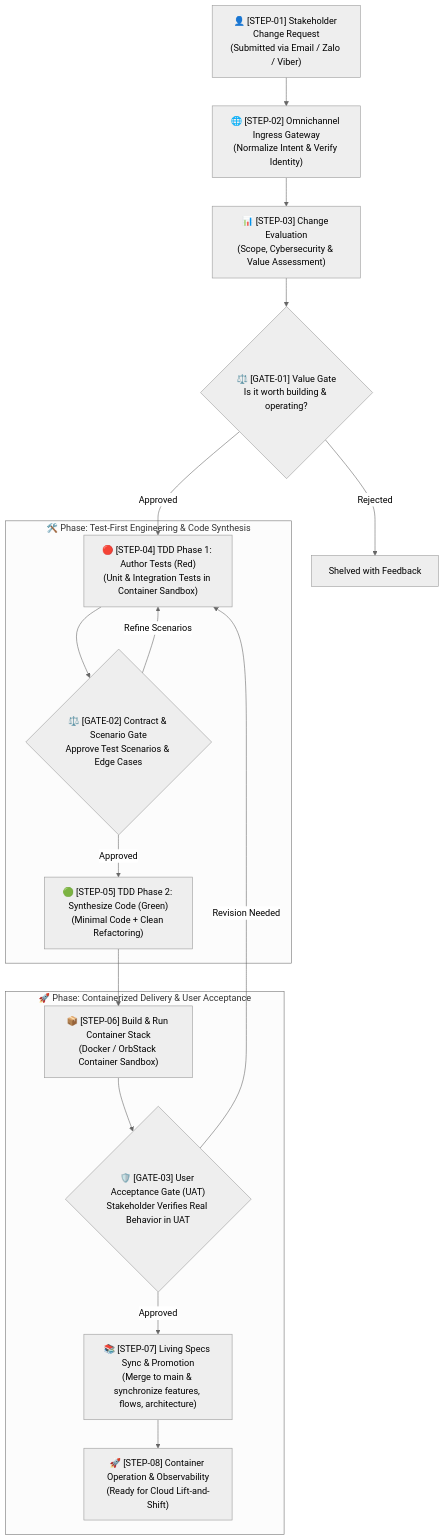
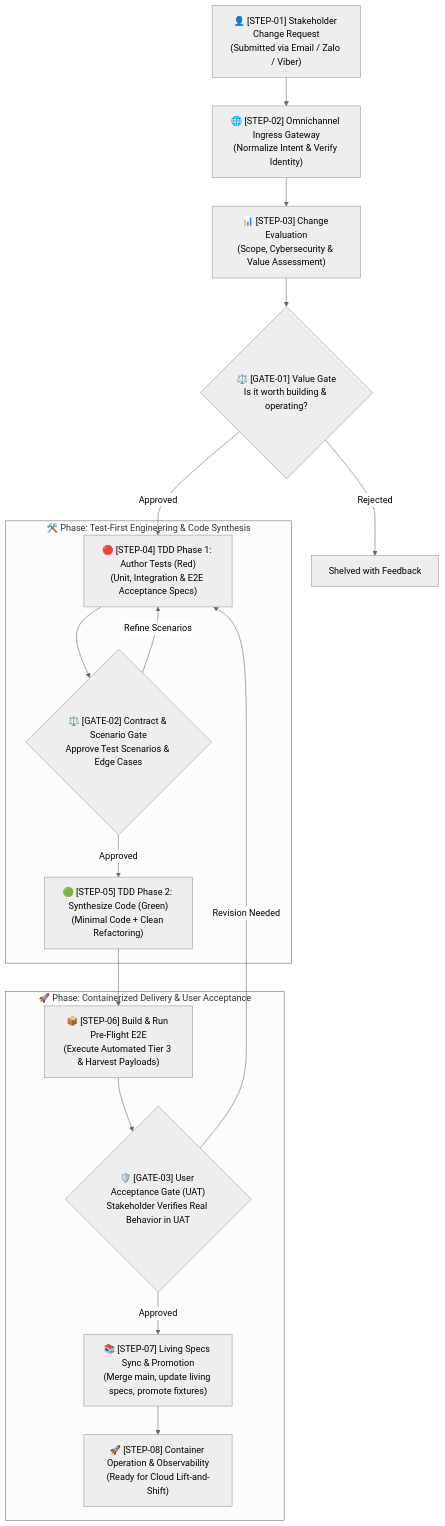
The diagram in standards/sdlc.md (sonnormal/stratum-meta), drawn with Mermaid (neutral theme) before and after one commit. The commit also changed other lines of this file and 1 other file, not shown here.

Commit message:
docs(standards): codify automated Tier 3 E2E and fixture improvement lifecycle

````diff
--- a/standards/sdlc.md
+++ b/standards/sdlc.md
@@ -11,36 +11,36 @@
 ```mermaid
 graph TD
     User["👤 [STEP-01] Stakeholder Change Request<br/>(Submitted via Email / Zalo / Viber)"]
     Gateway["🌐 [STEP-02] Omnichannel Ingress Gateway<br/>(Normalize Intent & Verify Identity)"]
     Eval["📊 [STEP-03] Change Evaluation<br/>(Scope, Cybersecurity & Value Assessment)"]
     Gate1{"⚖️ [GATE-01] Value Gate<br/>Is it worth building & operating?"}
 
     User --> Gateway
     Gateway --> Eval
     Eval --> Gate1
     Gate1 -->|"Approved"| TDDPhase1
     Gate1 -->|"Rejected"| Cancel["Shelved with Feedback"]
 
     subgraph TDD ["🛠️ Phase: Test-First Engineering & Code Synthesis"]
-        TDDPhase1["🔴 [STEP-04] TDD Phase 1: Author Tests (Red)<br/>(Unit & Integration Tests in Container Sandbox)"]
+        TDDPhase1["🔴 [STEP-04] TDD Phase 1: Author Tests (Red)<br/>(Unit, Integration & E2E Acceptance Specs)"]
         Gate2{"⚖️ [GATE-02] Contract & Scenario Gate<br/>Approve Test Scenarios & Edge Cases"}
         TDDPhase2["🟢 [STEP-05] TDD Phase 2: Synthesize Code (Green)<br/>(Minimal Code + Clean Refactoring)"]
 
         TDDPhase1 --> Gate2
         Gate2 -->|"Approved"| TDDPhase2
         Gate2 -->|"Refine Scenarios"| TDDPhase1
     end
 
     subgraph Delivery ["🚀 Phase: Containerized Delivery & User Acceptance"]
-        DeployUAT["📦 [STEP-06] Build & Run Container Stack<br/>(Docker / OrbStack Container Sandbox)"]
+        DeployUAT["📦 [STEP-06] Build & Run Pre-Flight E2E<br/>(Execute Automated Tier 3 & Harvest Payloads)"]
         Gate3{"🛡️ [GATE-03] User Acceptance Gate (UAT)<br/>Stakeholder Verifies Real Behavior in UAT"}
-        SyncDoc["📚 [STEP-07] Living Specs Sync & Promotion<br/>(Merge to main & synchronize features, flows, architecture)"]
+        SyncDoc["📚 [STEP-07] Living Specs Sync & Promotion<br/>(Merge main, update living specs, promote fixtures)"]
         Operate["🚀 [STEP-08] Container Operation & Observability<br/>(Ready for Cloud Lift-and-Shift)"]
 
         TDDPhase2 --> DeployUAT
         DeployUAT --> Gate3
         Gate3 -->|"Approved"| SyncDoc
         SyncDoc --> Operate
         Gate3 -->|"Revision Needed"| TDDPhase1
     end
 ```
````
